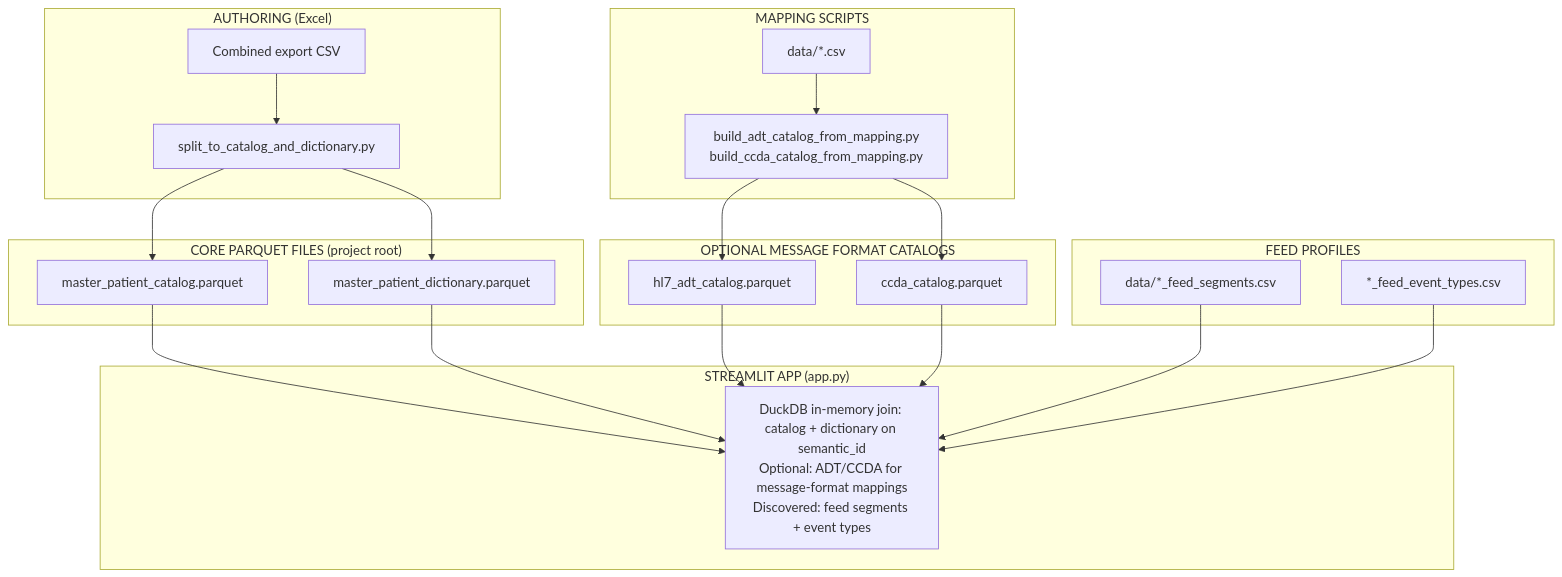
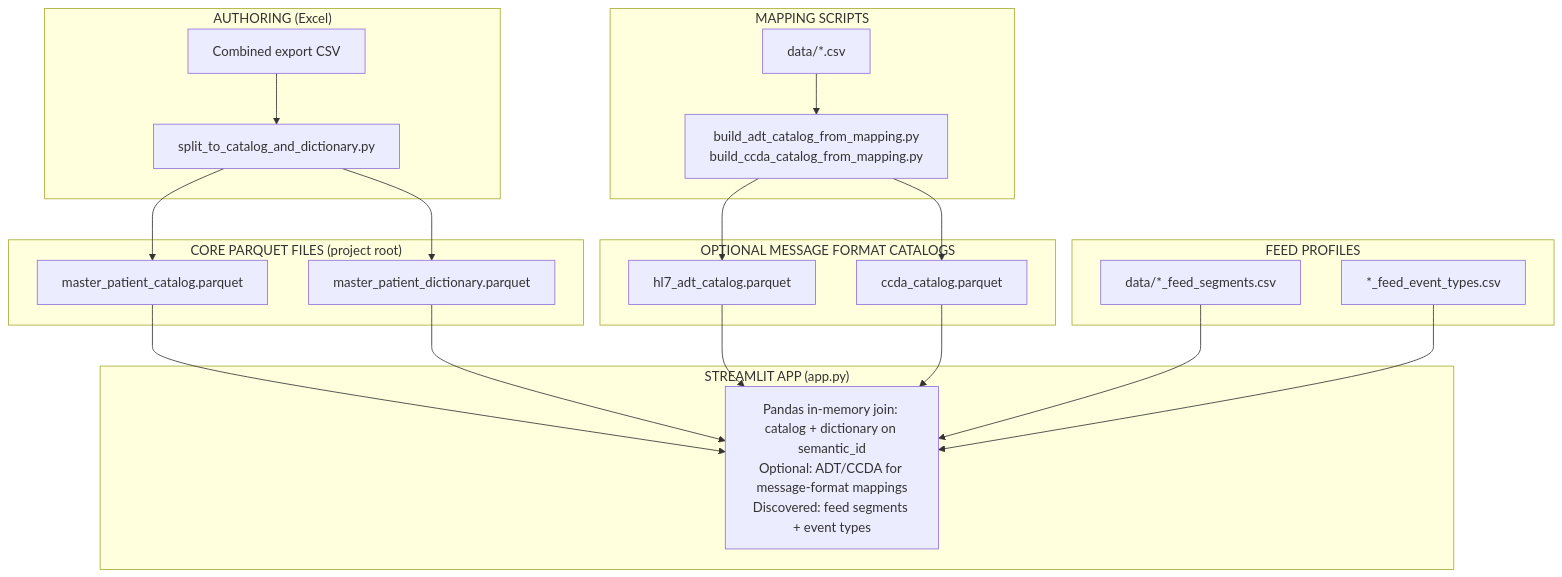
One commit to ajayprashar/chi-data-dictionary-catalog changed the first of 2 diagrams in TECH-SPEC.md. Above: the diagram before and after it, drawn with Mermaid. The commit also changed other lines of this file and 1 other file, not shown here.

First line of the commit message:
Add semantic ID mismatch checks in data loading and Streamlit app

````diff
--- a/TECH-SPEC.md
+++ b/TECH-SPEC.md
@@ -206,44 +206,44 @@
 ```mermaid
 flowchart TB
     subgraph Authoring["AUTHORING (Excel)"]
         Excel["Combined export CSV"]
         Split["split_to_catalog_and_dictionary.py"]
     end
 
     subgraph Core["CORE PARQUET FILES (project root)"]
         Catalog["master_patient_catalog.parquet"]
         Dictionary["master_patient_dictionary.parquet"]
     end
 
     subgraph Mapping["MAPPING SCRIPTS"]
         DataCSV["data/*.csv"]
         Build["build_adt_catalog_from_mapping.py<br/>build_ccda_catalog_from_mapping.py"]
     end
 
     subgraph OptionalCatalogs["OPTIONAL MESSAGE FORMAT CATALOGS"]
         ADT["hl7_adt_catalog.parquet"]
         CCDA["ccda_catalog.parquet"]
     end
 
     subgraph FeedProfiles["FEED PROFILES"]
         Segments["data/*_feed_segments.csv"]
         Events["*_feed_event_types.csv"]
     end
 
     subgraph App["STREAMLIT APP (app.py)"]
-        Streamlit["DuckDB in-memory join: catalog + dictionary on semantic_id<br/>Optional: ADT/CCDA for message-format mappings<br/>Discovered: feed segments + event types"]
+        Streamlit["Pandas in-memory join: catalog + dictionary on semantic_id<br/>Optional: ADT/CCDA for message-format mappings<br/>Discovered: feed segments + event types"]
     end
 
     Excel --> Split
     Split --> Catalog
     Split --> Dictionary
     DataCSV --> Build
     Build --> ADT
     Build --> CCDA
     Catalog --> Streamlit
     Dictionary --> Streamlit
     ADT --> Streamlit
     CCDA --> Streamlit
     Segments --> Streamlit
     Events --> Streamlit
 ```
````
